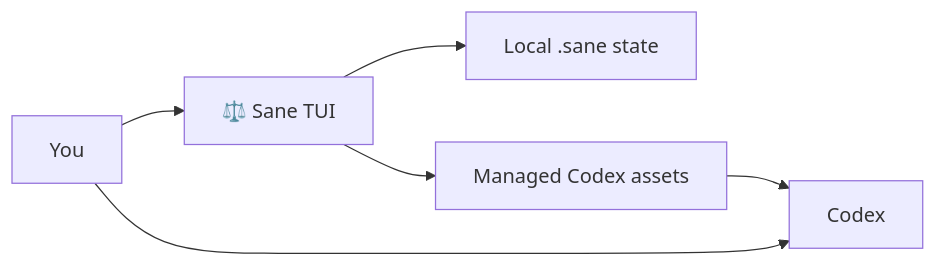
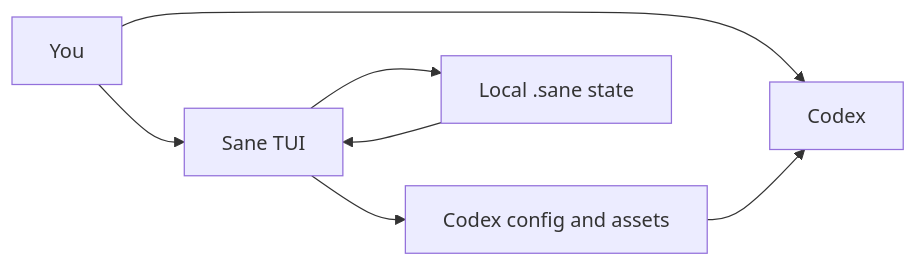
One commit to lammersbjorn/sane changed the diagram in README.md. Above: the diagram before and after it, drawn with Mermaid. The commit also changed other lines of this file and 14 other files, not shown here.

````diff
--- a/README.md
+++ b/README.md
@@ -54,8 +107,9 @@
 ```mermaid
 flowchart LR
-    U["You"] --> T["⚖️ Sane TUI"]
+    U["You"] --> T["Sane TUI"]
+    T --> C["Codex config and assets"]
     T --> S["Local .sane state"]
-    T --> A["Managed Codex assets"]
-    A --> C["Codex"]
-    U --> C
+    U --> X["Codex"]
+    C --> X
+    S --> T
 ```
````
